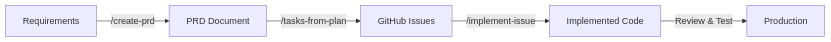
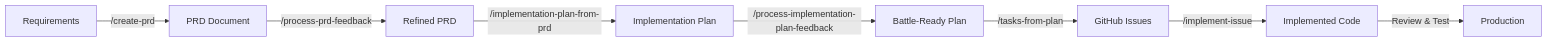
Before and after one commit to dgriffith/bad-daves-robot-army: the diagram in docs/ROBOT_ARMY_GUIDE.md, drawn with Mermaid. The commit also changed other lines of this file, not shown here.

````diff
--- a/docs/ROBOT_ARMY_GUIDE.md
+++ b/docs/ROBOT_ARMY_GUIDE.md
@@ -75,7 +79,10 @@
 ```mermaid
 graph LR
     A[Requirements] -->|/create-prd| B[PRD Document]
-    B -->|/tasks-from-plan| C[GitHub Issues]
-    C -->|/implement-issue| D[Implemented Code]
-    D -->|Review & Test| E[Production]
+    B -->|/process-prd-feedback| B1[Refined PRD]
+    B1 -->|/implementation-plan-from-prd| C[Implementation Plan]
+    C -->|/process-implementation-plan-feedback| C1[Battle-Ready Plan]
+    C1 -->|/tasks-from-plan| D[GitHub Issues]
+    D -->|/implement-issue| E[Implemented Code]
+    E -->|Review & Test| F[Production]
 ```
````
